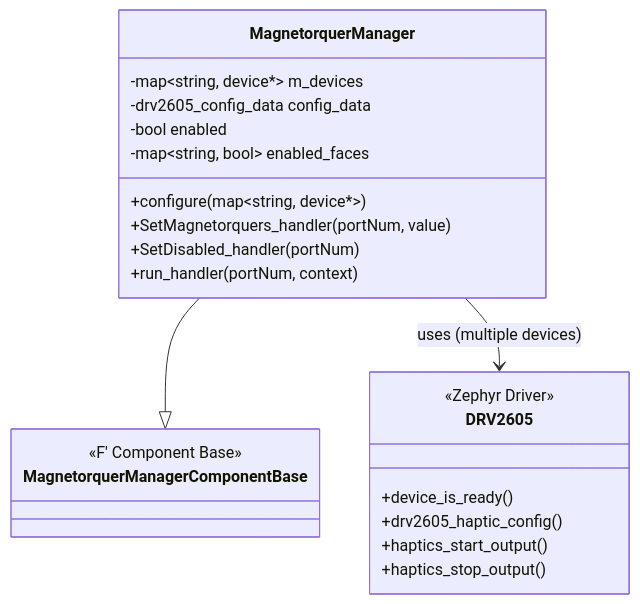
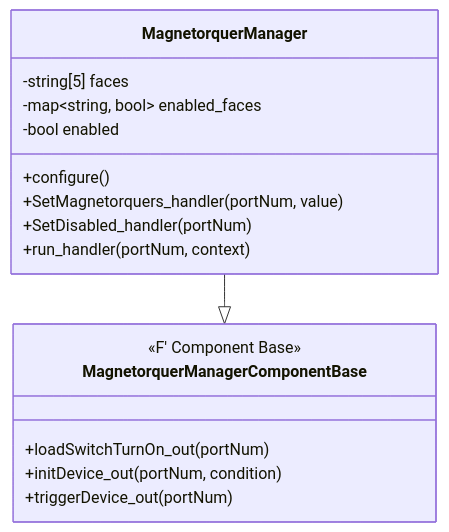
Before and after one commit to Open-Source-Space-Foundation/proves-core-reference: the second of 5 diagrams in FprimeZephyrReference/Components/MagnetorquerManager/docs/sdd.md, drawn with Mermaid. The commit also changed other lines of this file and 1 other file, not shown here.

````diff
--- a/FprimeZephyrReference/Components/MagnetorquerManager/docs/sdd.md
+++ b/FprimeZephyrReference/Components/MagnetorquerManager/docs/sdd.md
@@ -35,28 +39,21 @@
 ```mermaid
 classDiagram
     class MagnetorquerManager {
-        -map~string, device*~ m_devices
-        -drv2605_config_data config_data
+        -string[5] faces
+        -map~string, bool~ enabled_faces
         -bool enabled
-        -map~string, bool~ enabled_faces
-        +configure(map~string, device*~)
+        +configure()
         +SetMagnetorquers_handler(portNum, value)
         +SetDisabled_handler(portNum)
         +run_handler(portNum, context)
     }
 
     class MagnetorquerManagerComponentBase {
         <<F' Component Base>>
-    }
-
-    class DRV2605 {
-        <<Zephyr Driver>>
-        +device_is_ready()
-        +drv2605_haptic_config()
-        +haptics_start_output()
-        +haptics_stop_output()
+        +loadSwitchTurnOn_out(portNum)
+        +initDevice_out(portNum, condition)
+        +triggerDevice_out(portNum)
     }
 
     MagnetorquerManager --|> MagnetorquerManagerComponentBase
-    MagnetorquerManager --> DRV2605 : uses (multiple devices)
 ```
````
